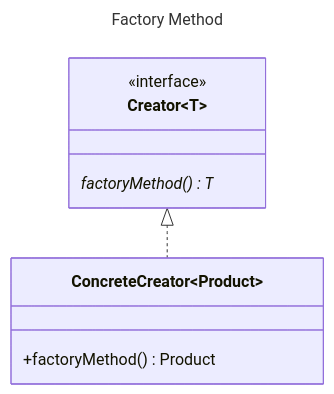
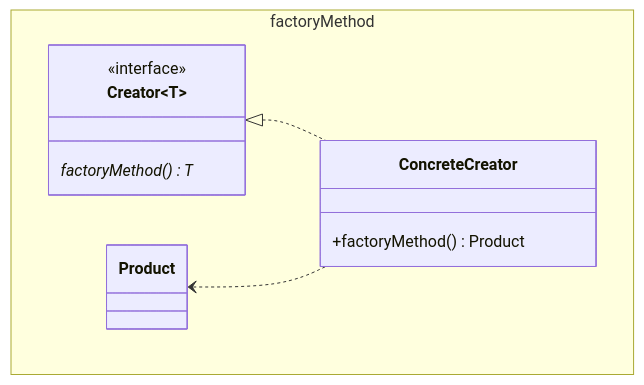
Before and after one commit to mtrigueira/JGoF: the diagram in src/main/java/org/example/gof/creation/factoryMethod/FactoryMethod.md, drawn with Mermaid. The commit also changed other lines of this file and 1 other file, not shown here.

Commit message:
Edit FactoryMethod.md add synonym and related patterns

````diff
--- a/src/main/java/org/example/gof/creation/factoryMethod/FactoryMethod.md
+++ b/src/main/java/org/example/gof/creation/factoryMethod/FactoryMethod.md
@@ -1,14 +5,17 @@
 ```mermaid
----
-title: Factory Method
----
 classDiagram
-    class Creator~T~ {
-        <<interface>>
-        factoryMethod()* T
-    }
-    class ConcreteCreator~Product~ {
-        +factoryMethod() Product
+    namespace factoryMethod {
+        class ConcreteCreator {
+            +factoryMethod() Product
+        }
+        class Creator~T~ {
+            <<interface>>
+            factoryMethod() T*
+        }
+        class Product {
+        }
     }
     Creator <|.. ConcreteCreator
+    Product <.. ConcreteCreator
+
 ```
````
